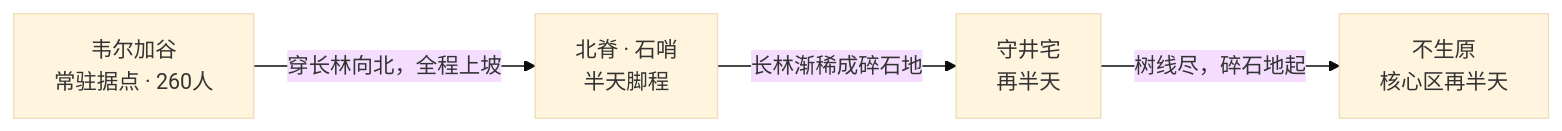
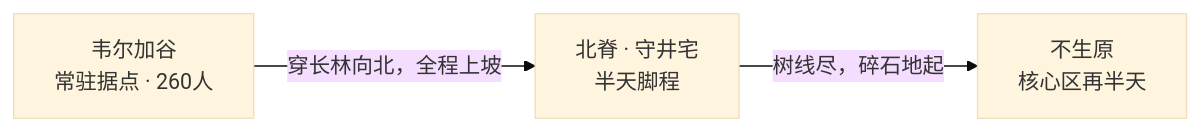
The diagram in campaigns/beyond-the-treeline/module/00-campaign-primer.md (Mzihong/coc-keeper-kit), drawn with Mermaid (base theme) before and after one commit. The commit also changed other lines of this file and 17 other files, not shown here.

````diff
--- a/campaigns/beyond-the-treeline/module/00-campaign-primer.md
+++ b/campaigns/beyond-the-treeline/module/00-campaign-primer.md
@@ -70,11 +64,9 @@
 ```mermaid
 graph LR
   velga["韦尔加谷<br/>常驻据点 · 260人"]
-  ridge["北脊 · 石哨<br/>半天脚程"]
-  holding["守井宅<br/>再半天"]
+  ridge["北脊 · 守井宅<br/>半天脚程"]
   barrens["不生原<br/>核心区再半天"]
 
   velga -->|"穿长林向北，全程上坡"| ridge
-  ridge -->|"长林渐稀成碎石地"| holding
-  holding -->|"树线尽，碎石地起"| barrens
+  ridge -->|"树线尽，碎石地起"| barrens
 ```
````
